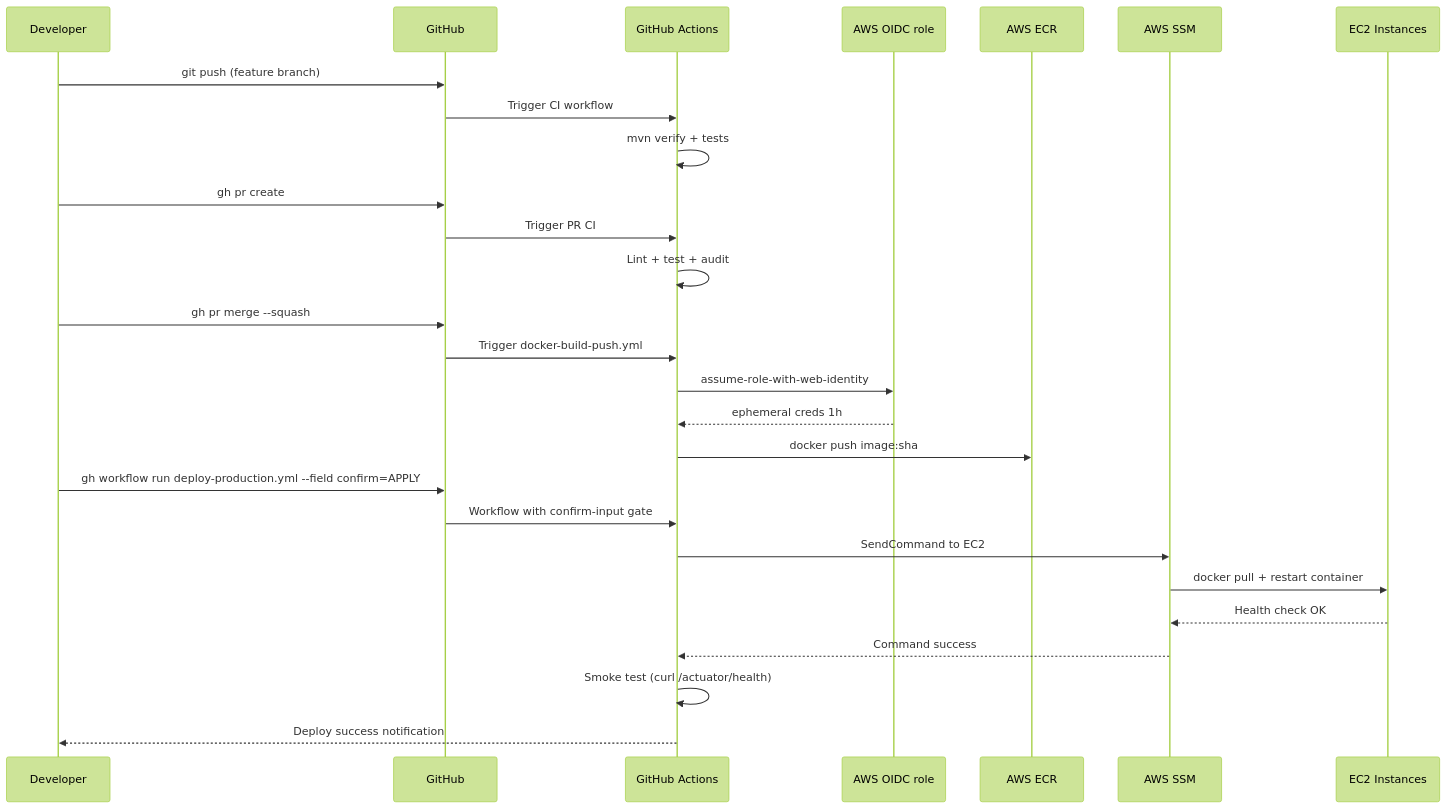
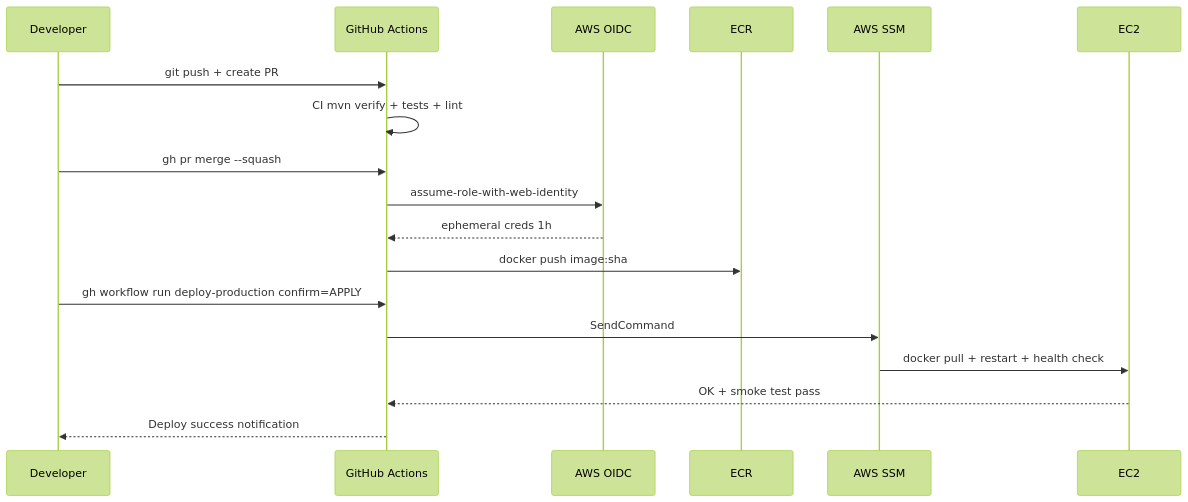
Before and after one commit to VictorAurelius/2026-Kite-Class-Platform: the second of 5 diagrams in documents/08-thesis/chapter-4-deployment-results.md, drawn with Mermaid (forest theme). The commit also changed other lines of this file and 13 other files, not shown here.

````diff
--- a/documents/08-thesis/chapter-4-deployment-results.md
+++ b/documents/08-thesis/chapter-4-deployment-results.md
@@ -163,30 +93,21 @@
 ```mermaid
 sequenceDiagram
     participant Dev as Developer
-    participant GH as GitHub
-    participant Actions as GitHub Actions
-    participant OIDC as AWS OIDC role
-    participant ECR as AWS ECR
+    participant GH as GitHub Actions
+    participant OIDC as AWS OIDC
+    participant ECR as ECR
     participant SSM as AWS SSM
-    participant EC2 as EC2 Instances
+    participant EC2 as EC2
 
-    Dev->>GH: git push (feature branch)
-    GH->>Actions: Trigger CI workflow
-    Actions->>Actions: mvn verify + tests
-    Dev->>GH: gh pr create
-    GH->>Actions: Trigger PR CI
-    Actions->>Actions: Lint + test + audit
+    Dev->>GH: git push + create PR
+    GH->>GH: CI mvn verify + tests + lint
     Dev->>GH: gh pr merge --squash
-    GH->>Actions: Trigger docker-build-push.yml
-    Actions->>OIDC: assume-role-with-web-identity
-    OIDC-->>Actions: ephemeral creds 1h
-    Actions->>ECR: docker push image:sha
-    Dev->>GH: gh workflow run deploy-production.yml --field confirm=APPLY
-    GH->>Actions: Workflow with confirm-input gate
-    Actions->>SSM: SendCommand to EC2
-    SSM->>EC2: docker pull + restart container
-    EC2-->>SSM: Health check OK
-    SSM-->>Actions: Command success
-    Actions->>Actions: Smoke test (curl /actuator/health)
-    Actions-->>Dev: Deploy success notification
+    GH->>OIDC: assume-role-with-web-identity
+    OIDC-->>GH: ephemeral creds 1h
+    GH->>ECR: docker push image:sha
+    Dev->>GH: gh workflow run deploy-production confirm=APPLY
+    GH->>SSM: SendCommand
+    SSM->>EC2: docker pull + restart + health check
+    EC2-->>GH: OK + smoke test pass
+    GH-->>Dev: Deploy success notification
 ```
````
